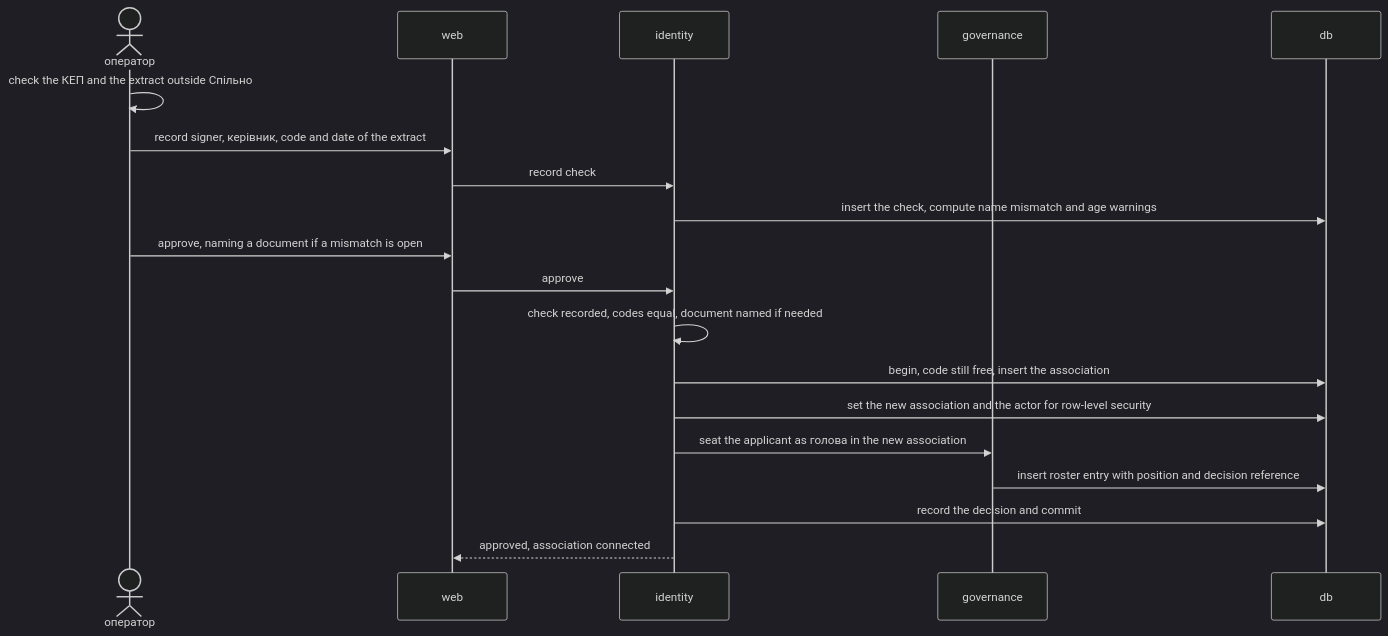
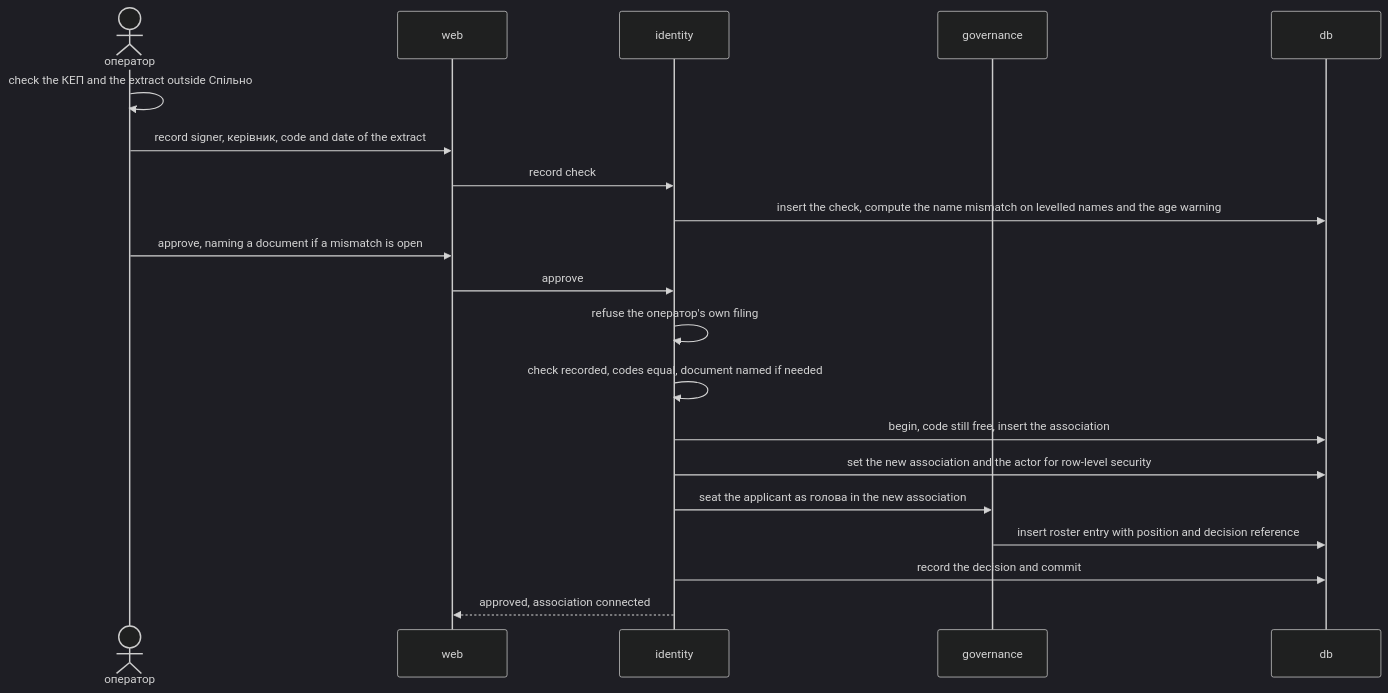
The fourth of 14 diagrams in docs/features/association-onboarding/sad.md (AndriiOpryshko/spilno), drawn with Mermaid (dark theme) before and after one commit. The commit also changed other lines of this file, not shown here.

First line of the commit message:
docs(onboarding): SAD §6 — own filing, re-seat and field checks

````diff
--- a/docs/features/association-onboarding/sad.md
+++ b/docs/features/association-onboarding/sad.md
@@ -206,21 +206,22 @@
 ```mermaid
 sequenceDiagram
     actor O as оператор
     participant W as web
     participant I as identity
     participant G as governance
     participant D as db
     O->>O: check the КЕП and the extract outside Спільно
     O->>W: record signer, керівник, code and date of the extract
     W->>I: record check
-    I->>D: insert the check, compute name mismatch and age warnings
+    I->>D: insert the check, compute the name mismatch on levelled names and the age warning
     O->>W: approve, naming a document if a mismatch is open
     W->>I: approve
+    I->>I: refuse the оператор's own filing
     I->>I: check recorded, codes equal, document named if needed
     I->>D: begin, code still free, insert the association
     I->>D: set the new association and the actor for row-level security
     I->>G: seat the applicant as голова in the new association
     G->>D: insert roster entry with position and decision reference
     I->>D: record the decision and commit
     I-->>W: approved, association connected
 ```
````
